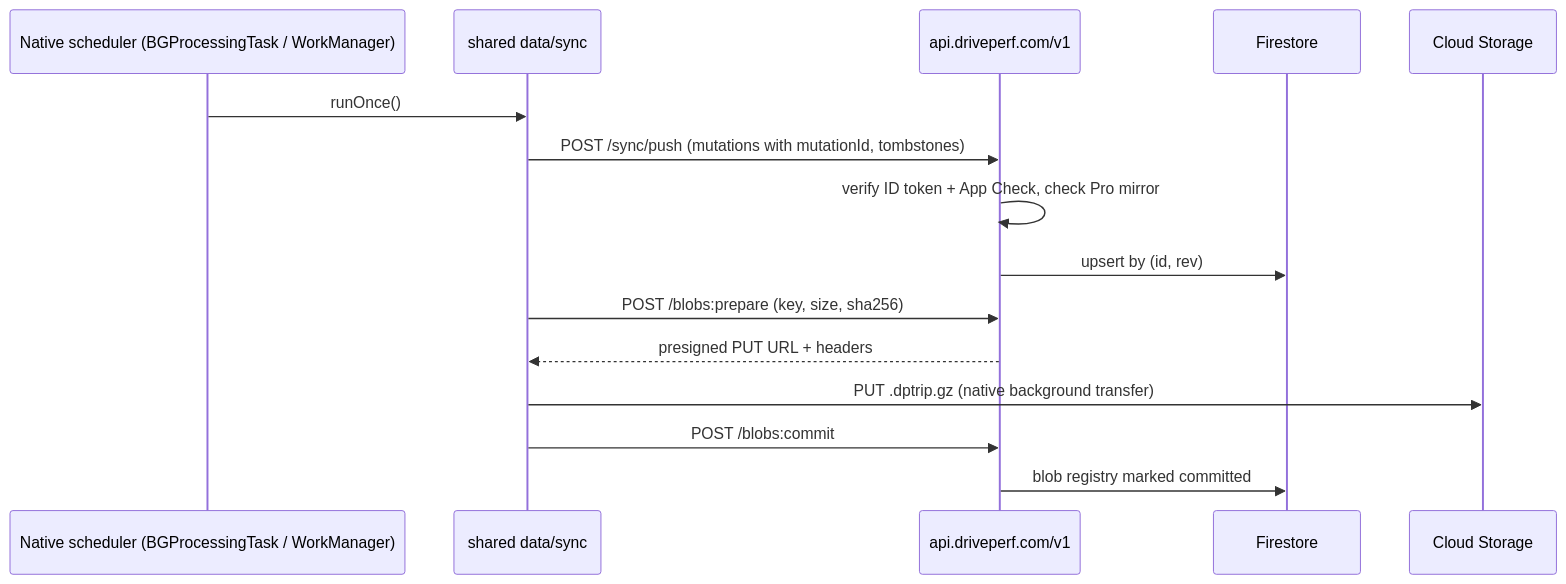
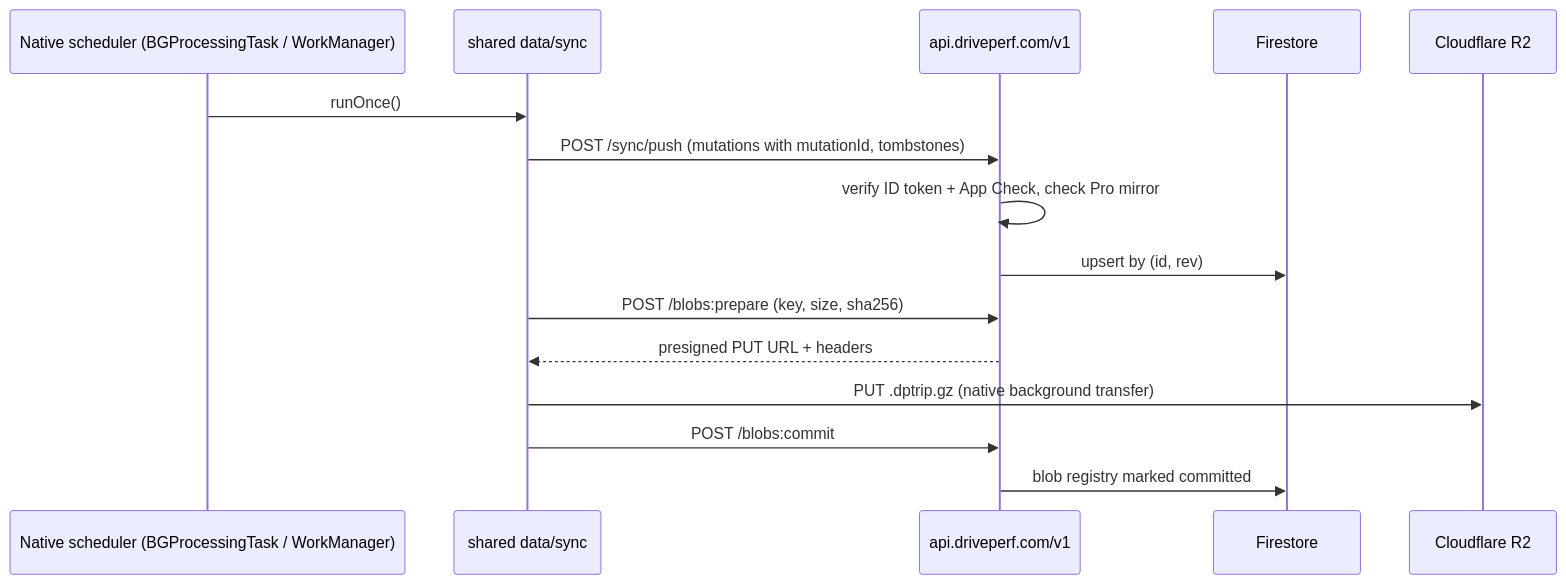
The fifth of 5 diagrams in docs/architecture/overview.md (theKeval/DrivePerf), drawn with Mermaid before and after one commit. The commit also changed other lines of this file and 43 other files, not shown here.

````diff
--- a/docs/architecture/overview.md
+++ b/docs/architecture/overview.md
@@ -198,17 +198,17 @@
 ```mermaid
 sequenceDiagram
     participant BG as Native scheduler (BGProcessingTask / WorkManager)
     participant Sync as shared data/sync
     participant API as api.driveperf.com/v1
     participant Store as Firestore
-    participant Blob as Cloud Storage
+    participant Blob as Cloudflare R2
     BG->>Sync: runOnce()
     Sync->>API: POST /sync/push (mutations with mutationId, tombstones)
     API->>API: verify ID token + App Check, check Pro mirror
     API->>Store: upsert by (id, rev)
     Sync->>API: POST /blobs:prepare (key, size, sha256)
     API-->>Sync: presigned PUT URL + headers
     Sync->>Blob: PUT .dptrip.gz (native background transfer)
     Sync->>API: POST /blobs:commit
     API->>Store: blob registry marked committed
 ```
````
